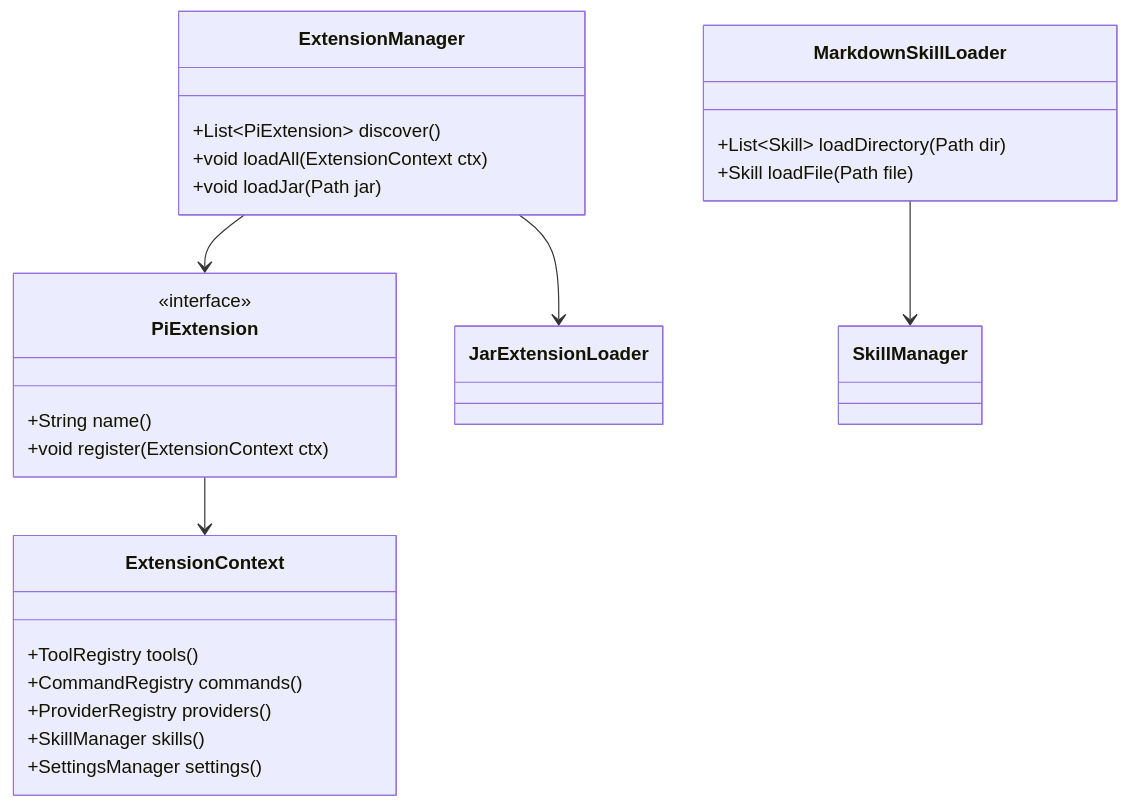
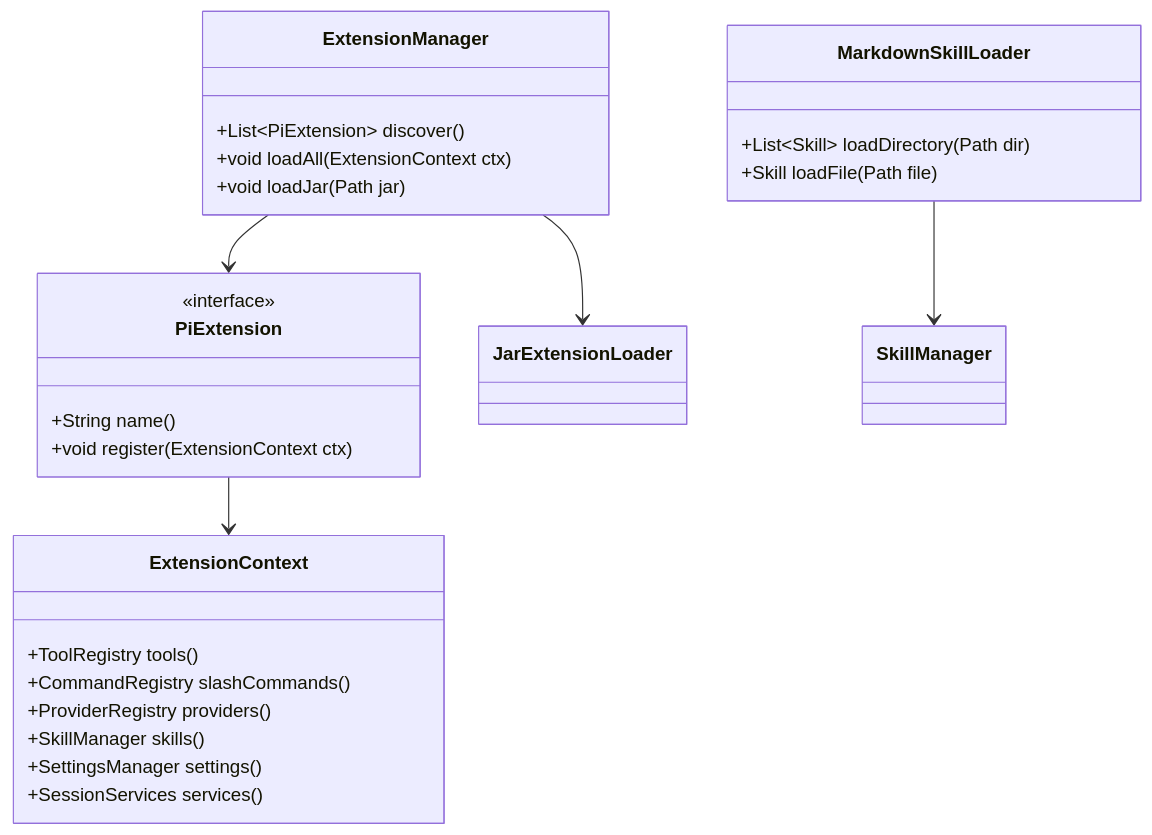
The eighth of 11 diagrams in docs/11-phase6-ecosystem-design.md (liangxingguang/pi-java), drawn with Mermaid before and after one commit. The commit also changed other lines of this file and 1 other file, not shown here.

````diff
--- a/docs/11-phase6-ecosystem-design.md
+++ b/docs/11-phase6-ecosystem-design.md
@@ -693,28 +1442,29 @@
 ```mermaid
 classDiagram
     class PiExtension {
         <<interface>>
         +String name()
         +void register(ExtensionContext ctx)
     }
     class ExtensionContext {
         +ToolRegistry tools()
-        +CommandRegistry commands()
+        +CommandRegistry slashCommands()
         +ProviderRegistry providers()
         +SkillManager skills()
         +SettingsManager settings()
+        +SessionServices services()
     }
     class ExtensionManager {
         +List~PiExtension~ discover()
         +void loadAll(ExtensionContext ctx)
         +void loadJar(Path jar)
     }
     class MarkdownSkillLoader {
         +List~Skill~ loadDirectory(Path dir)
         +Skill loadFile(Path file)
     }
     PiExtension --> ExtensionContext
     ExtensionManager --> PiExtension
     ExtensionManager --> JarExtensionLoader
     MarkdownSkillLoader --> SkillManager
 ```
````
